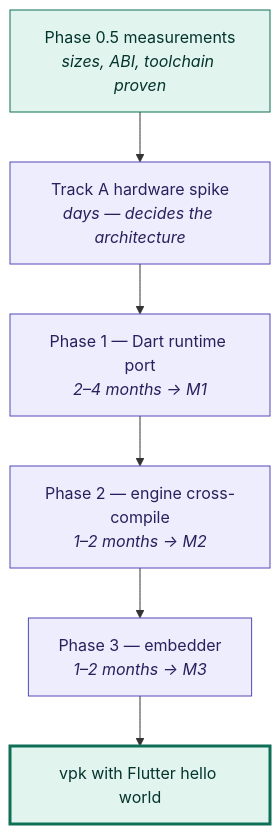
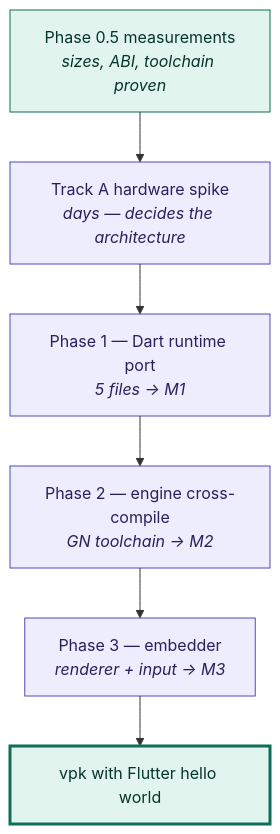
Before and after one commit to flutter-vita/flutter-vita: the diagram in docs/roadmap.md, drawn with Mermaid. The commit also changed other lines of this file and 2 other files, not shown here.

````diff
--- a/docs/roadmap.md
+++ b/docs/roadmap.md
@@ -10,15 +10,15 @@
 ```mermaid
 flowchart TD
     A["Phase 0.5 measurements<br/><i>sizes, ABI, toolchain proven</i>"]:::done
     B["Track A hardware spike<br/><i>days — decides the architecture</i>"]:::todo
-    C["Phase 1 — Dart runtime port<br/><i>2–4 months → M1</i>"]:::todo
-    D["Phase 2 — engine cross-compile<br/><i>1–2 months → M2</i>"]:::todo
-    E["Phase 3 — embedder<br/><i>1–2 months → M3</i>"]:::todo
+    C["Phase 1 — Dart runtime port<br/><i>5 files → M1</i>"]:::todo
+    D["Phase 2 — engine cross-compile<br/><i>GN toolchain → M2</i>"]:::todo
+    E["Phase 3 — embedder<br/><i>renderer + input → M3</i>"]:::todo
     F["vpk with Flutter hello world"]:::goal
 
     A --> B --> C --> D --> E --> F
 
     classDef done fill:#E1F5EE,stroke:#0F6E56,color:#04342C
     classDef todo fill:#EEEDFE,stroke:#534AB7,color:#26215C
     classDef goal fill:#E1F5EE,stroke:#0F6E56,color:#04342C,stroke-width:3px
 ```
````
